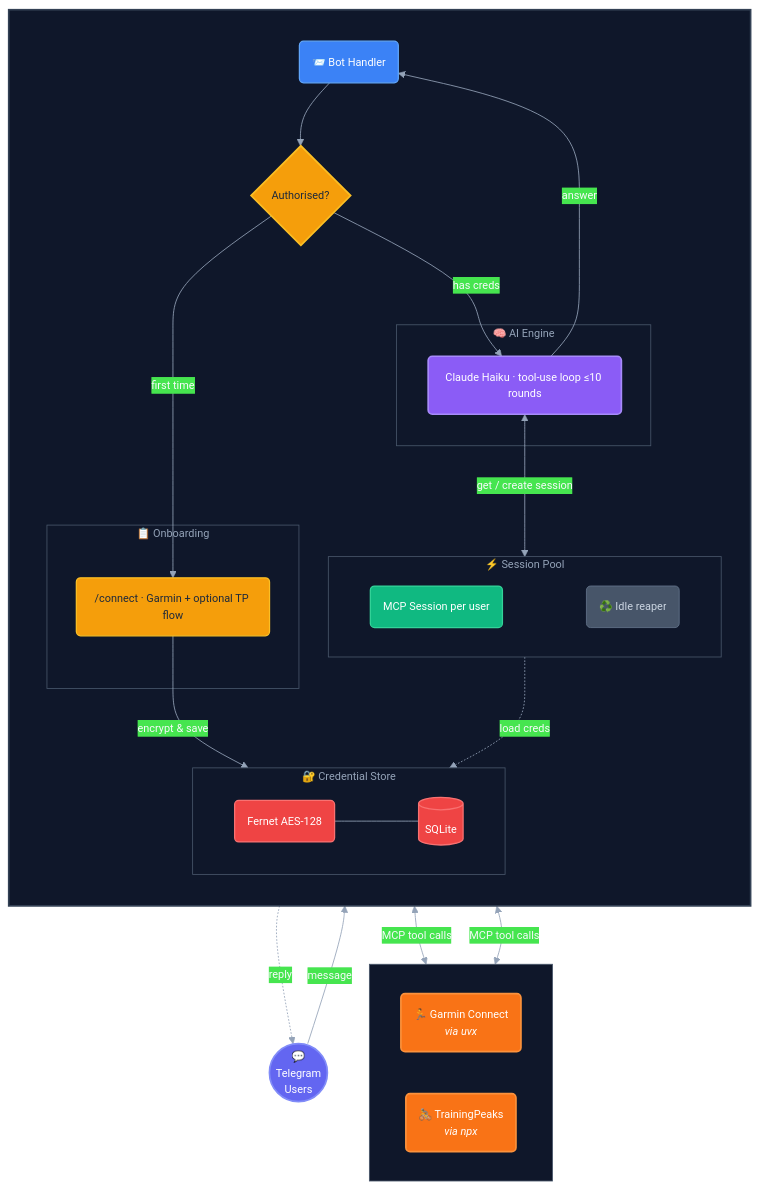
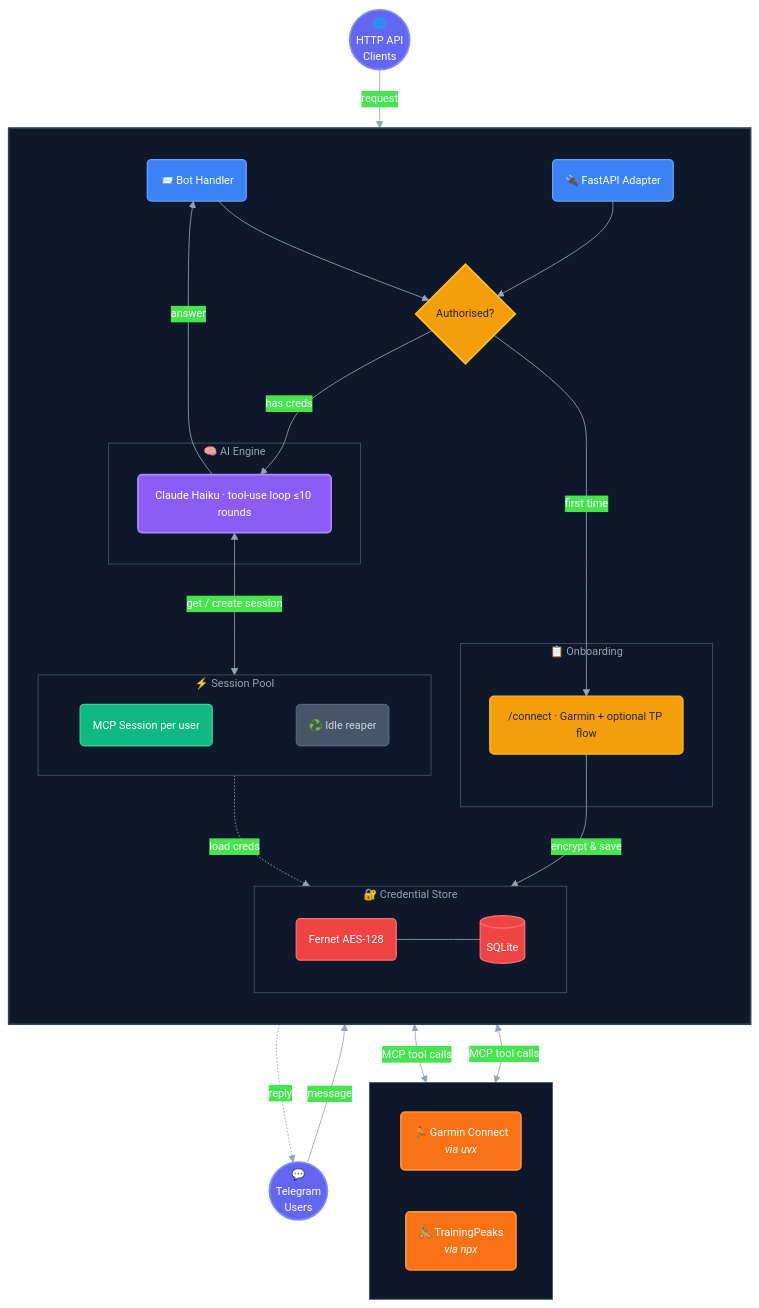
Before and after one commit to tshepor2001/fitness-ai-bot: the diagram in README.md, drawn with Mermaid.

Commit message:
Show HTTP API path in architecture diagram

````diff
--- a/README.md
+++ b/README.md
@@ -14,75 +14,79 @@
 ```mermaid
 %%{init: {'theme': 'base', 'themeVariables': { 'primaryColor': '#4f46e5', 'primaryTextColor': '#f8fafc', 'primaryBorderColor': '#818cf8', 'lineColor': '#94a3b8', 'fontSize': '13px', 'fontFamily': 'ui-monospace, monospace' }}}%%
 
 flowchart TB
     U(("💬<br/>Telegram<br/>Users")) -->|message| TG
+    H(("🌐<br/>HTTP API<br/>Clients")) -->|request| API
 
     subgraph BOT [" "]
         direction TB
 
         TG("📨 Bot Handler") --> AUTH{"Authorised?"}
+        API("🔌 FastAPI Adapter") --> AUTH
 
         AUTH -->|"first time"| CONNECT
         AUTH -->|"has creds"| AGENT
 
         subgraph ONBOARD [" 📋  Onboarding "]
             CONNECT("/connect · Garmin + optional TP flow")
         end
 
         subgraph BRAIN [" 🧠  AI Engine "]
             AGENT("Claude Haiku · tool-use loop ≤10 rounds")
         end
 
         subgraph POOL [" ⚡  Session Pool "]
             direction LR
             S1("MCP Session per user") ~~~ REAP("♻️ Idle reaper")
         end
 
         subgraph VAULT [" 🔐  Credential Store "]
             direction LR
             ENC("Fernet AES-128") --- DB[("SQLite")]
         end
 
         CONNECT -->|"encrypt & save"| ENC
         AGENT <-->|"get / create session"| S1
         S1 -.->|"load creds"| ENC
     end
 
     subgraph DATA [" "]
         direction LR
         GARMIN("🏃  Garmin Connect<br/><i>via uvx</i>")
         TP("🚴  TrainingPeaks<br/><i>via npx</i>")
     end
 
     S1 <-->|"MCP tool calls"| GARMIN & TP
     AGENT -->|"answer"| TG
     TG -.->|"reply"| U
 
     classDef default fill:#1e293b,stroke:#334155,color:#f1f5f9,stroke-width:1.5px
     classDef user fill:#6366f1,stroke:#818cf8,color:#fff,stroke-width:2px
     classDef handler fill:#3b82f6,stroke:#60a5fa,color:#fff,stroke-width:1.5px
     classDef gate fill:#f59e0b,stroke:#fbbf24,color:#1e293b,stroke-width:2px
     classDef onboard fill:#f59e0b,stroke:#fbbf24,color:#1e293b,stroke-width:1.5px
     classDef ai fill:#8b5cf6,stroke:#a78bfa,color:#fff,stroke-width:2px
     classDef session fill:#10b981,stroke:#34d399,color:#fff,stroke-width:1.5px
     classDef reaper fill:#475569,stroke:#64748b,color:#cbd5e1,stroke-width:1px
     classDef crypto fill:#ef4444,stroke:#f87171,color:#fff,stroke-width:1.5px
     classDef db fill:#ef4444,stroke:#f87171,color:#fff,stroke-width:1.5px
     classDef source fill:#f97316,stroke:#fb923c,color:#fff,stroke-width:2px
     classDef zone fill:#0f172a,stroke:#334155,color:#94a3b8,stroke-width:2px
     classDef zone2 fill:#0f172a,stroke:#475569,color:#94a3b8,stroke-width:1px
 
     class U user
+    class H user
     class TG handler
+    class API handler
     class AUTH gate
     class CONNECT onboard
     class AGENT ai
     class S1 session
     class REAP reaper
     class ENC crypto
     class DB db
     class GARMIN,TP source
     class BOT zone
     class DATA zone2
     class ONBOARD,BRAIN,POOL,VAULT zone2
 ```
````
